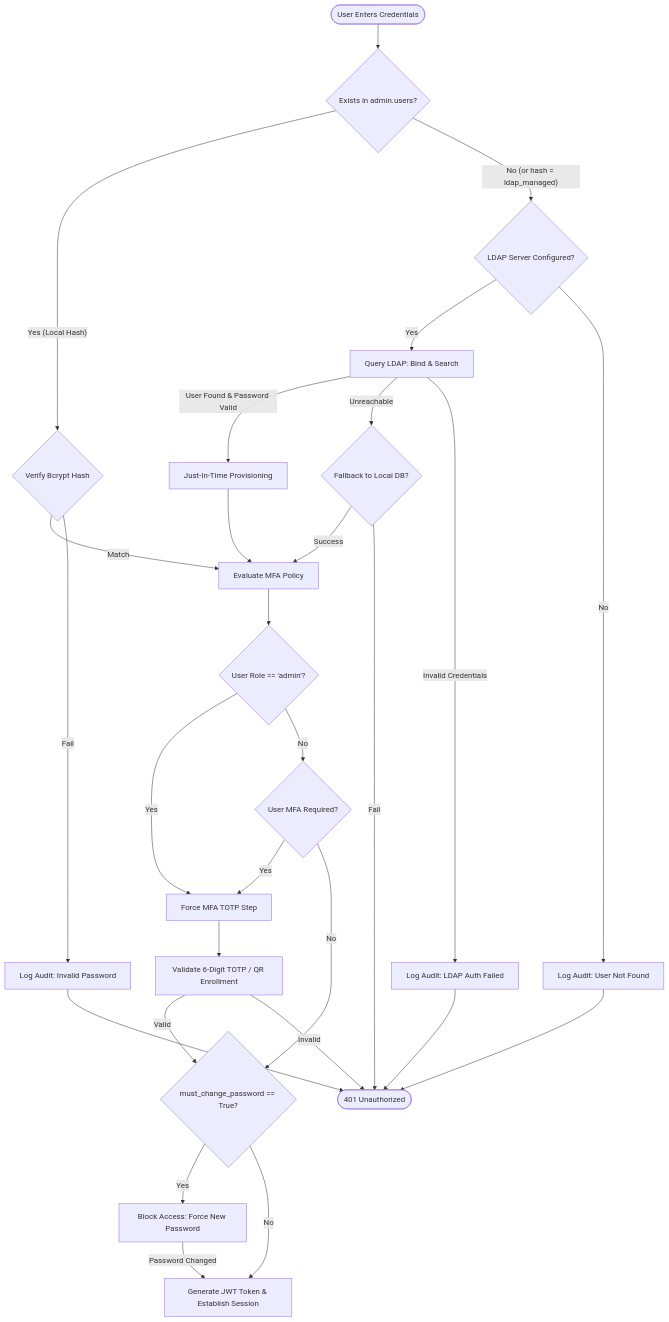
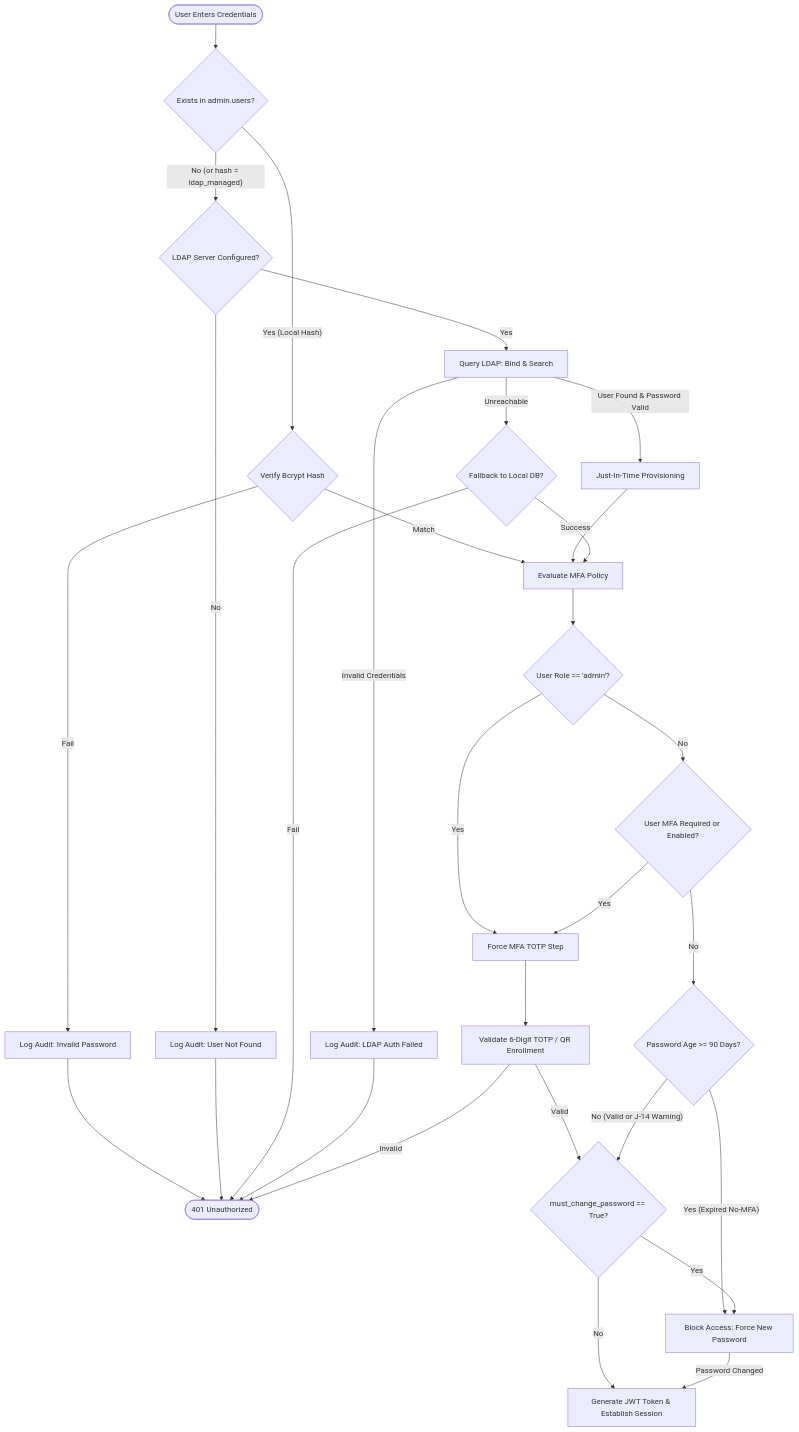
The diagram in docs/compliance/nis2.md (tritschler/rtms-documentation), drawn with Mermaid before and after one commit. The commit also changed other lines of this file and 1 other file, not shown here.

Commit message:
docs: document adaptive 90-day password expiration, J-14 warnings, and MFA exemptions

````diff
--- a/docs/compliance/nis2.md
+++ b/docs/compliance/nis2.md
@@ -29,33 +29,36 @@
 ```mermaid
 flowchart TD
     Start([User Enters Credentials]) --> QueryDB{Exists in admin.users?}
     
     QueryDB -- Yes (Local Hash) --> CheckBcrypt{Verify Bcrypt Hash}
     CheckBcrypt -- Match --> CheckMFA[Evaluate MFA Policy]
     CheckBcrypt -- Fail --> LogFailLocal[Log Audit: Invalid Password] --> Deny([401 Unauthorized])
     
     QueryDB -- No (or hash = ldap_managed) --> CheckLDAPConfig{LDAP Server Configured?}
     CheckLDAPConfig -- Yes --> LDAPQuery[Query LDAP: Bind & Search]
     CheckLDAPConfig -- No --> LogNotFound[Log Audit: User Not Found] --> Deny
     
     LDAPQuery -- User Found & Password Valid --> JIT[Just-In-Time Provisioning]
     JIT --> CheckMFA
     LDAPQuery -- Unreachable --> FallbackLocal{Fallback to Local DB?}
     FallbackLocal -- Success --> CheckMFA
     FallbackLocal -- Fail --> Deny
     LDAPQuery -- Invalid Credentials --> LogFailLDAP[Log Audit: LDAP Auth Failed] --> Deny
 
     CheckMFA --> IsAdmin{User Role == 'admin'?}
     IsAdmin -- Yes --> RequireMFA[Force MFA TOTP Step]
-    IsAdmin -- No --> UserMFAReq{User MFA Required?}
+    IsAdmin -- No --> UserMFAReq{User MFA Required or Enabled?}
     UserMFAReq -- Yes --> RequireMFA
-    UserMFAReq -- No --> CheckPwdChange{must_change_password == True?}
+    UserMFAReq -- No --> CheckExpiry{Password Age >= 90 Days?}
     
     RequireMFA --> VerifyTOTP[Validate 6-Digit TOTP / QR Enrollment]
-    VerifyTOTP -- Valid --> CheckPwdChange
+    VerifyTOTP -- Valid --> CheckPwdChange{must_change_password == True?}
     VerifyTOTP -- Invalid --> Deny
     
-    CheckPwdChange -- Yes --> ForcePwdModal[Block Access: Force New Password]
+    CheckExpiry -- Yes (Expired No-MFA) --> ForcePwdModal[Block Access: Force New Password]
+    CheckExpiry -- No (Valid or J-14 Warning) --> CheckPwdChange
+    
+    CheckPwdChange -- Yes --> ForcePwdModal
     CheckPwdChange -- No --> IssueJWT[Generate JWT Token & Establish Session]
     ForcePwdModal -- Password Changed --> IssueJWT
 ```
````
